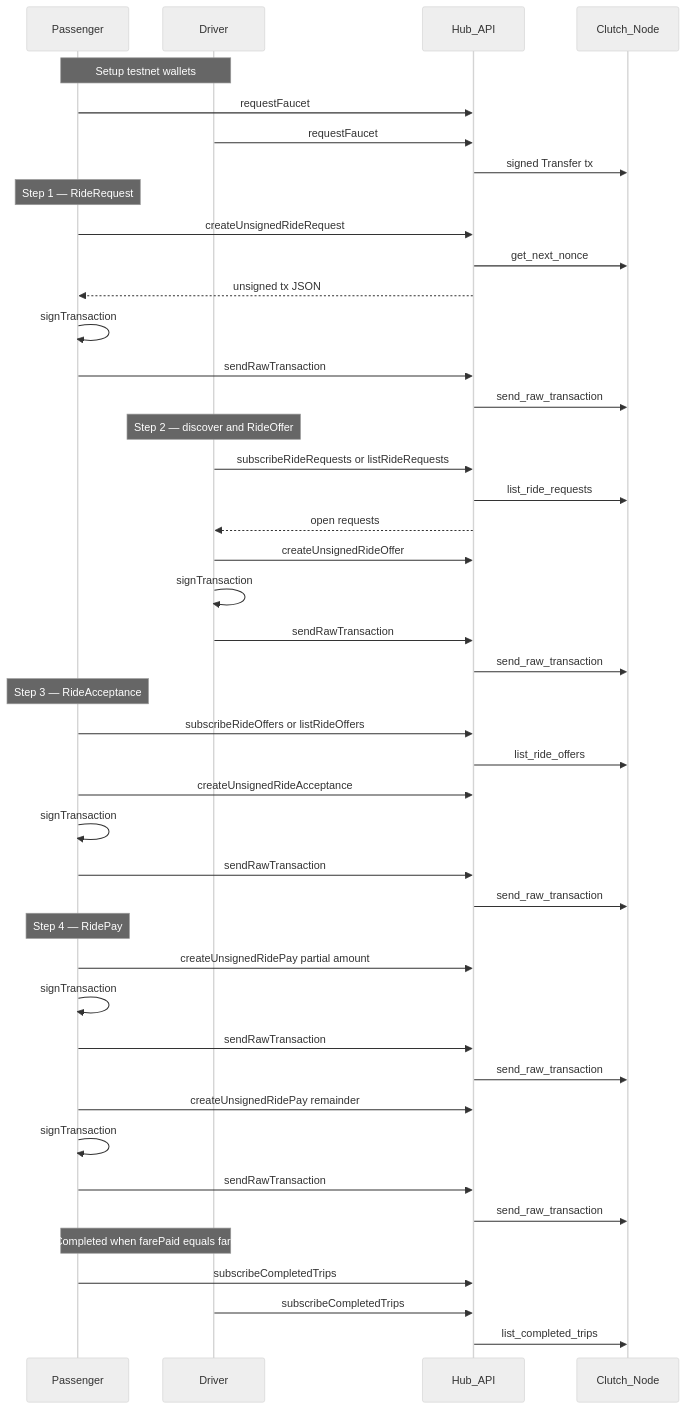
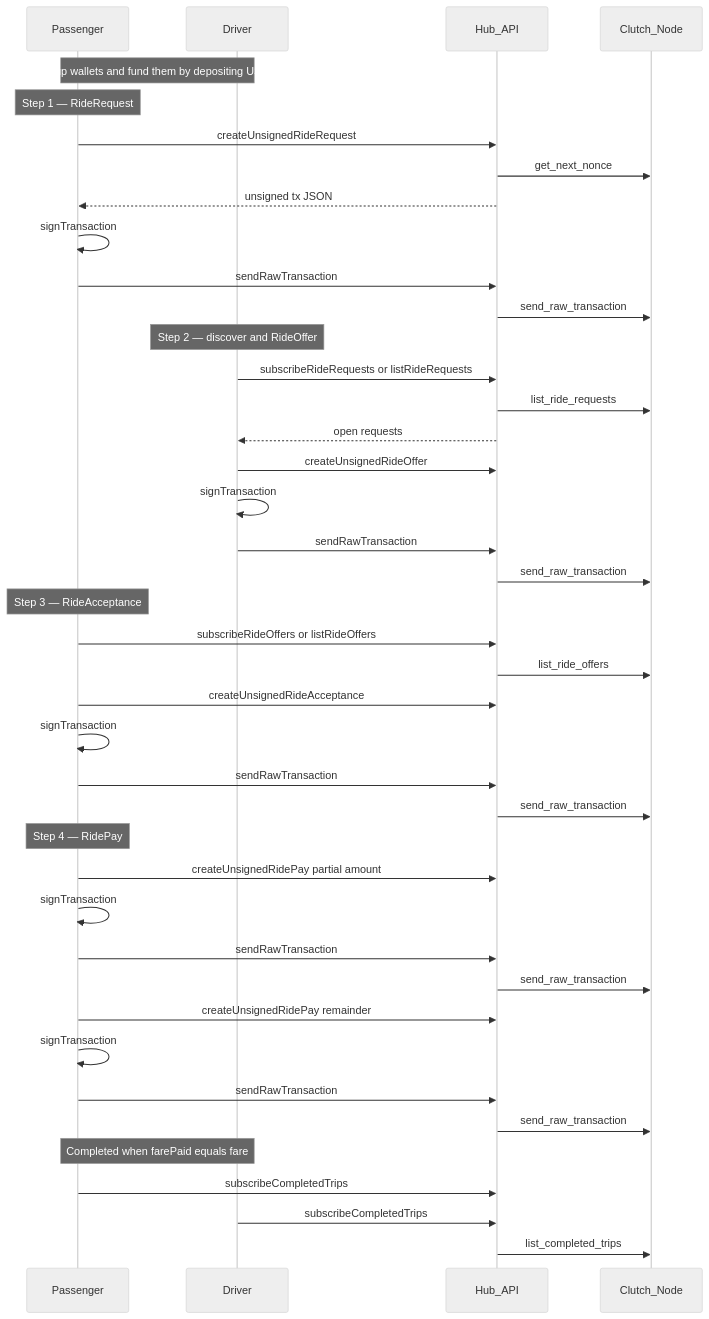
One commit to clutchprotocol/clutch-docs changed the second of 4 diagrams in docs/getting-started/ride-lifecycle.md. Above: the diagram before and after it, drawn with Mermaid (neutral theme). The commit also changed other lines of this file and 28 other files, not shown here.

````diff
--- a/docs/getting-started/ride-lifecycle.md
+++ b/docs/getting-started/ride-lifecycle.md
@@ -45,52 +45,49 @@
 ```mermaid
 sequenceDiagram
     participant Passenger
     participant Driver
     participant HubAPI as Hub_API
     participant Node as Clutch_Node
 
-    Note over Passenger,Driver: Setup testnet wallets
-    Passenger->>HubAPI: requestFaucet
-    Driver->>HubAPI: requestFaucet
-    HubAPI->>Node: signed Transfer tx
+    Note over Passenger,Driver: Setup wallets and fund them by depositing USDT
 
     Note over Passenger: Step 1 — RideRequest
     Passenger->>HubAPI: createUnsignedRideRequest
     HubAPI->>Node: get_next_nonce
     HubAPI-->>Passenger: unsigned tx JSON
     Passenger->>Passenger: signTransaction
     Passenger->>HubAPI: sendRawTransaction
     HubAPI->>Node: send_raw_transaction
 
     Note over Driver: Step 2 — discover and RideOffer
     Driver->>HubAPI: subscribeRideRequests or listRideRequests
     HubAPI->>Node: list_ride_requests
     HubAPI-->>Driver: open requests
     Driver->>HubAPI: createUnsignedRideOffer
     Driver->>Driver: signTransaction
     Driver->>HubAPI: sendRawTransaction
     HubAPI->>Node: send_raw_transaction
 
     Note over Passenger: Step 3 — RideAcceptance
     Passenger->>HubAPI: subscribeRideOffers or listRideOffers
     HubAPI->>Node: list_ride_offers
     Passenger->>HubAPI: createUnsignedRideAcceptance
     Passenger->>Passenger: signTransaction
     Passenger->>HubAPI: sendRawTransaction
     HubAPI->>Node: send_raw_transaction
 
     Note over Passenger: Step 4 — RidePay
     Passenger->>HubAPI: createUnsignedRidePay partial amount
     Passenger->>Passenger: signTransaction
     Passenger->>HubAPI: sendRawTransaction
     HubAPI->>Node: send_raw_transaction
     Passenger->>HubAPI: createUnsignedRidePay remainder
     Passenger->>Passenger: signTransaction
     Passenger->>HubAPI: sendRawTransaction
     HubAPI->>Node: send_raw_transaction
 
     Note over Passenger,Driver: Completed when farePaid equals fare
     Passenger->>HubAPI: subscribeCompletedTrips
     Driver->>HubAPI: subscribeCompletedTrips
     HubAPI->>Node: list_completed_trips
 ```
````
